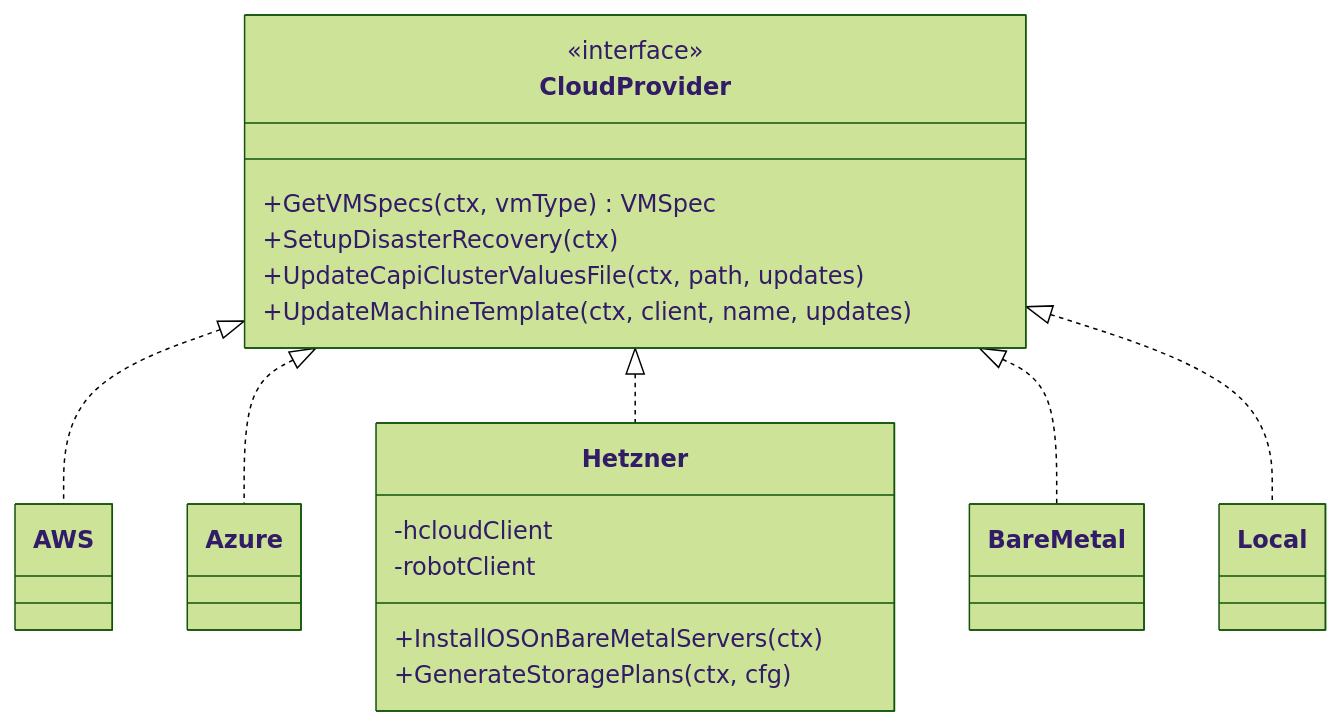
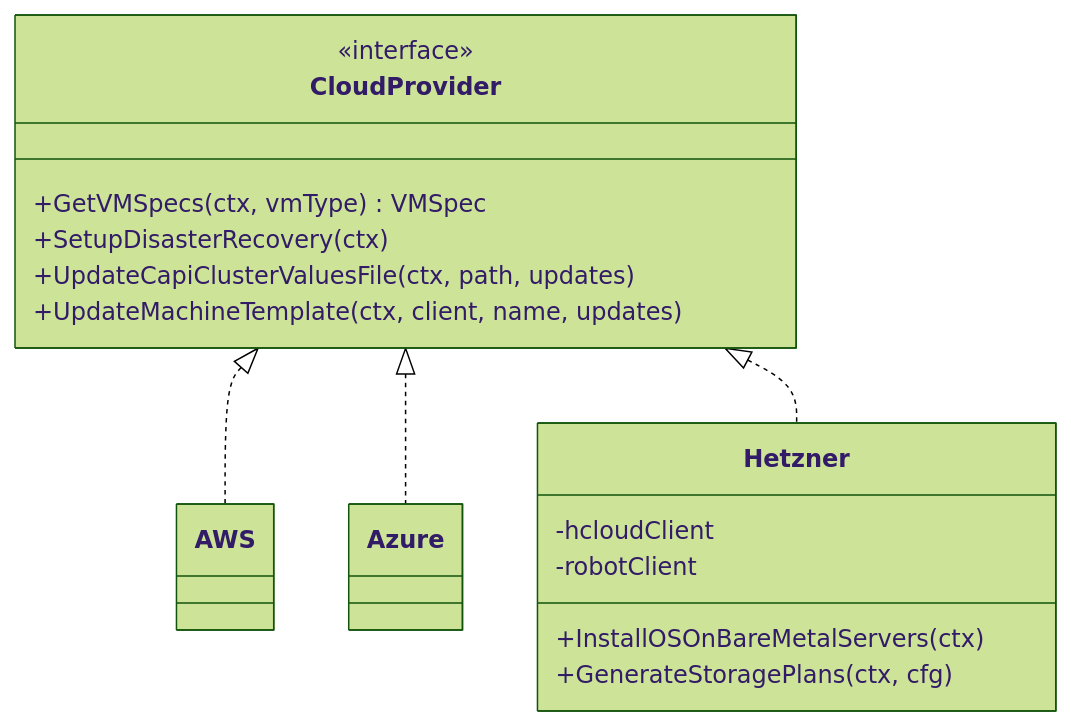
The seventh of 11 diagrams in docs/architecture.md (Obmondo/kubeaid-cli), drawn with Mermaid (forest theme) before and after one commit. The commit also changed other lines of this file and 10 other files, not shown here.

First line of the commit message:
docs: fix architecture drift, regenerate config artifacts, guard generators in CI

````diff
--- a/docs/architecture.md
+++ b/docs/architecture.md
@@ -323,26 +325,22 @@
 ```mermaid
 classDiagram
   class CloudProvider {
     <<interface>>
     +GetVMSpecs(ctx, vmType) VMSpec
     +SetupDisasterRecovery(ctx)
     +UpdateCapiClusterValuesFile(ctx, path, updates)
     +UpdateMachineTemplate(ctx, client, name, updates)
   }
   class AWS
   class Azure
   class Hetzner {
     -hcloudClient
     -robotClient
     +InstallOSOnBareMetalServers(ctx)
     +GenerateStoragePlans(ctx, cfg)
   }
-  class BareMetal
-  class Local
 
   CloudProvider <|.. AWS
   CloudProvider <|.. Azure
   CloudProvider <|.. Hetzner
-  CloudProvider <|.. BareMetal
-  CloudProvider <|.. Local
 ```
````
